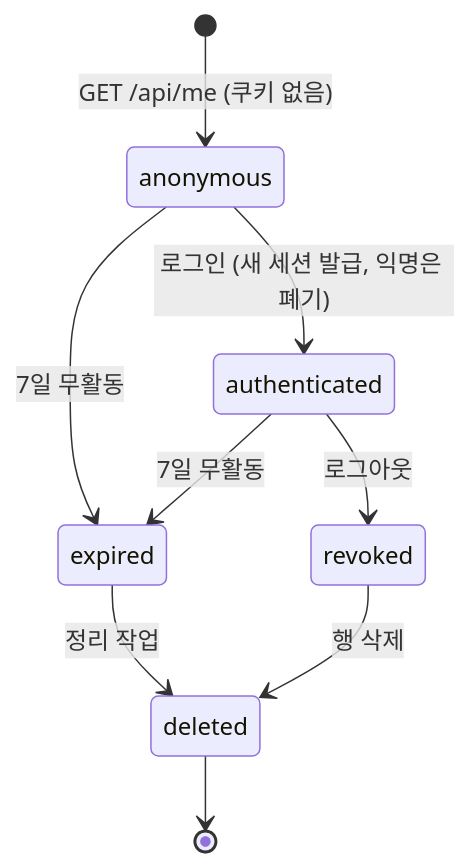
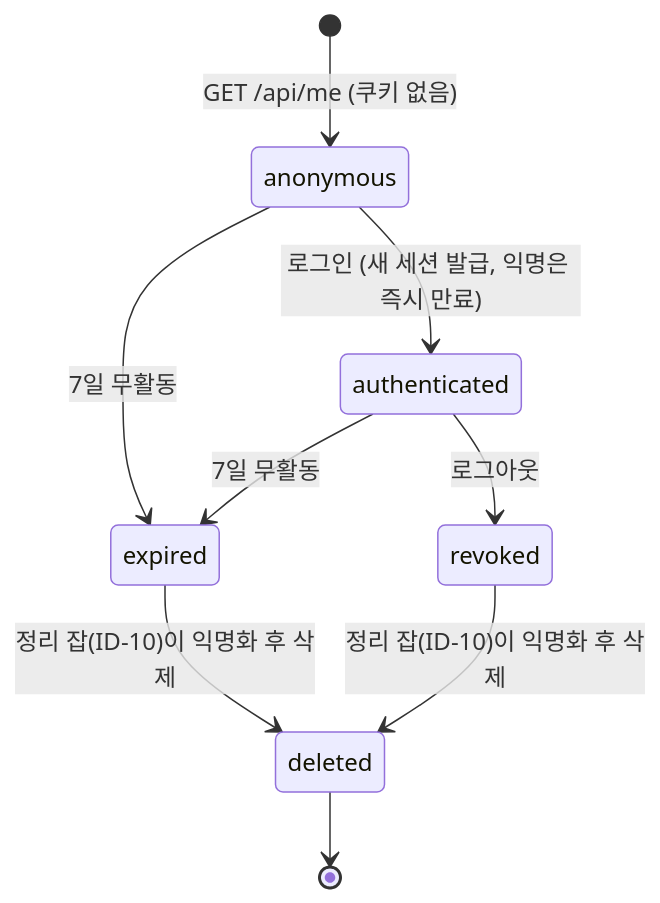
The sixth of 6 diagrams in docs/design/06-auth.md (1985jwlee/portpolio_backend), drawn with Mermaid before and after one commit. The commit also changed other lines of this file and 25 other files, not shown here.

````diff
--- a/docs/design/06-auth.md
+++ b/docs/design/06-auth.md
@@ -234,11 +234,11 @@
 ```mermaid
 stateDiagram-v2
     [*] --> anonymous : GET /api/me (쿠키 없음)
-    anonymous --> authenticated : 로그인 (새 세션 발급, 익명은 폐기)
+    anonymous --> authenticated : 로그인 (새 세션 발급, 익명은 즉시 만료)
     anonymous --> expired : 7일 무활동
     authenticated --> expired : 7일 무활동
     authenticated --> revoked : 로그아웃
-    expired --> deleted : 정리 작업
-    revoked --> deleted : 행 삭제
+    expired --> deleted : 정리 잡(ID-10)이 익명화 후 삭제
+    revoked --> deleted : 정리 잡(ID-10)이 익명화 후 삭제
     deleted --> [*]
 ```
````
